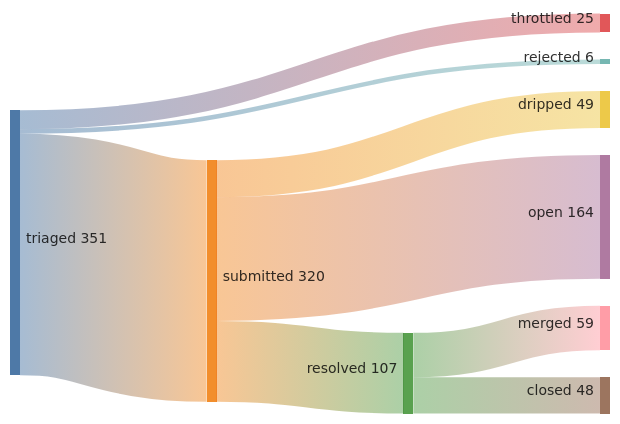
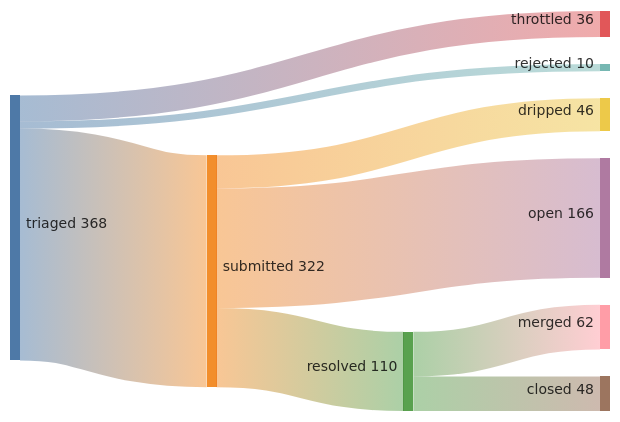
The first of 3 diagrams in README.md (kimjune01/kimjune01), drawn with Mermaid before and after one commit. The commit also changed other lines of this file, not shown here.

````diff
--- a/README.md
+++ b/README.md
@@ -5,11 +5,11 @@
 ```mermaid
 sankey-beta
-    triaged,    submitted, 320
-    triaged,    throttled, 25
-    triaged,    rejected,  6
-    submitted,  resolved,  107
-    submitted,  dripped,   49
-    submitted,  open,      164
-    resolved,   merged,    59
+    triaged,    submitted, 322
+    triaged,    throttled, 36
+    triaged,    rejected,  10
+    submitted,  resolved,  110
+    submitted,  dripped,   46
+    submitted,  open,      166
+    resolved,   merged,    62
     resolved,   closed,    48
 ```
````
